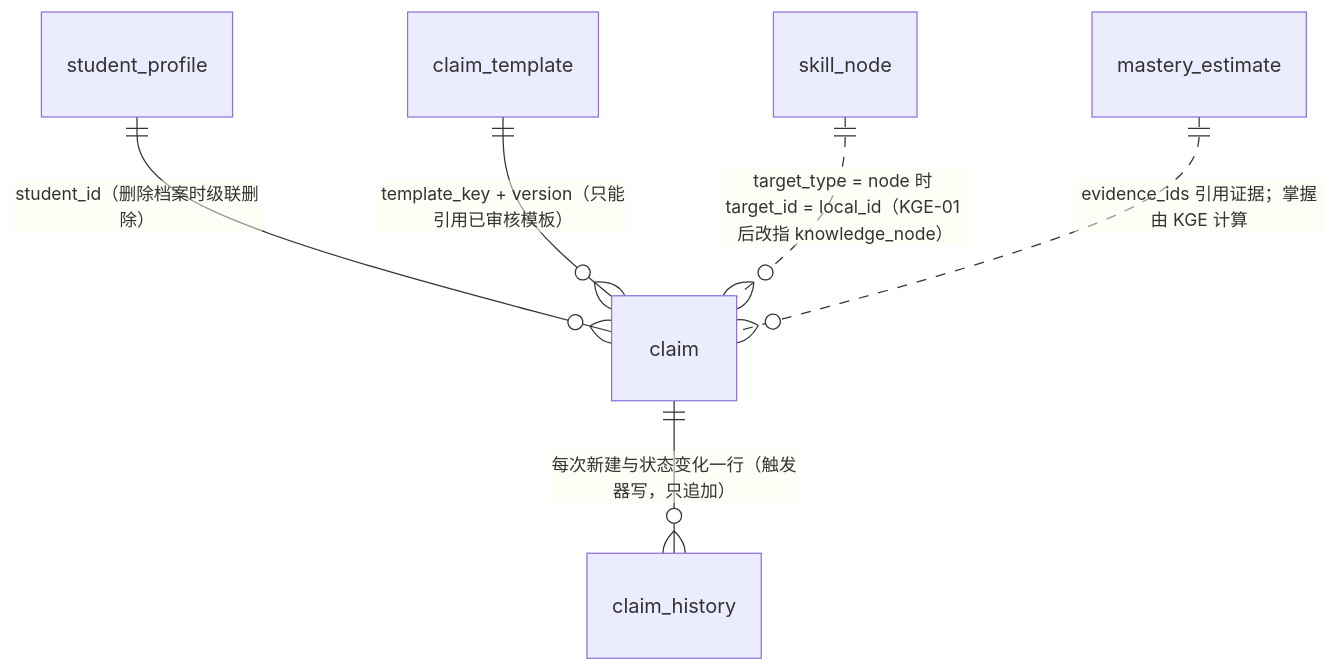
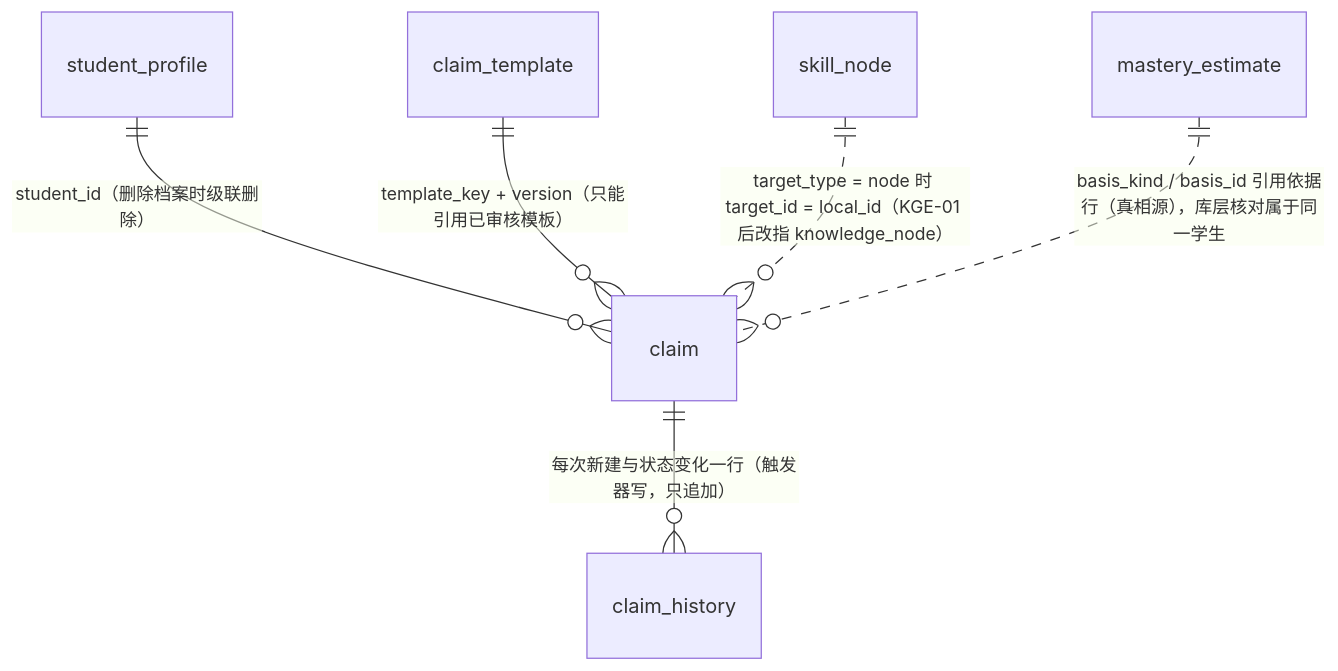
Before and after one commit to zeemen/starbuddy: the second of 2 diagrams in docs/adr/erd.md, drawn with Mermaid. The commit also changed other lines of this file and 18 other files, not shown here.

````diff
--- a/docs/adr/erd.md
+++ b/docs/adr/erd.md
@@ -109,8 +109,8 @@
 ```mermaid
 erDiagram
   student_profile ||--o{ claim : "student_id（删除档案时级联删除）"
   claim_template ||--o{ claim : "template_key + version（只能引用已审核模板）"
   claim ||--o{ claim_history : "每次新建与状态变化一行（触发器写，只追加）"
   skill_node ||..o{ claim : "target_type = node 时 target_id = local_id（KGE-01 后改指 knowledge_node）"
-  mastery_estimate ||..o{ claim : "evidence_ids 引用证据；掌握由 KGE 计算"
+  mastery_estimate ||..o{ claim : "basis_kind / basis_id 引用依据行（真相源），库层核对属于同一学生"
 ```
````
